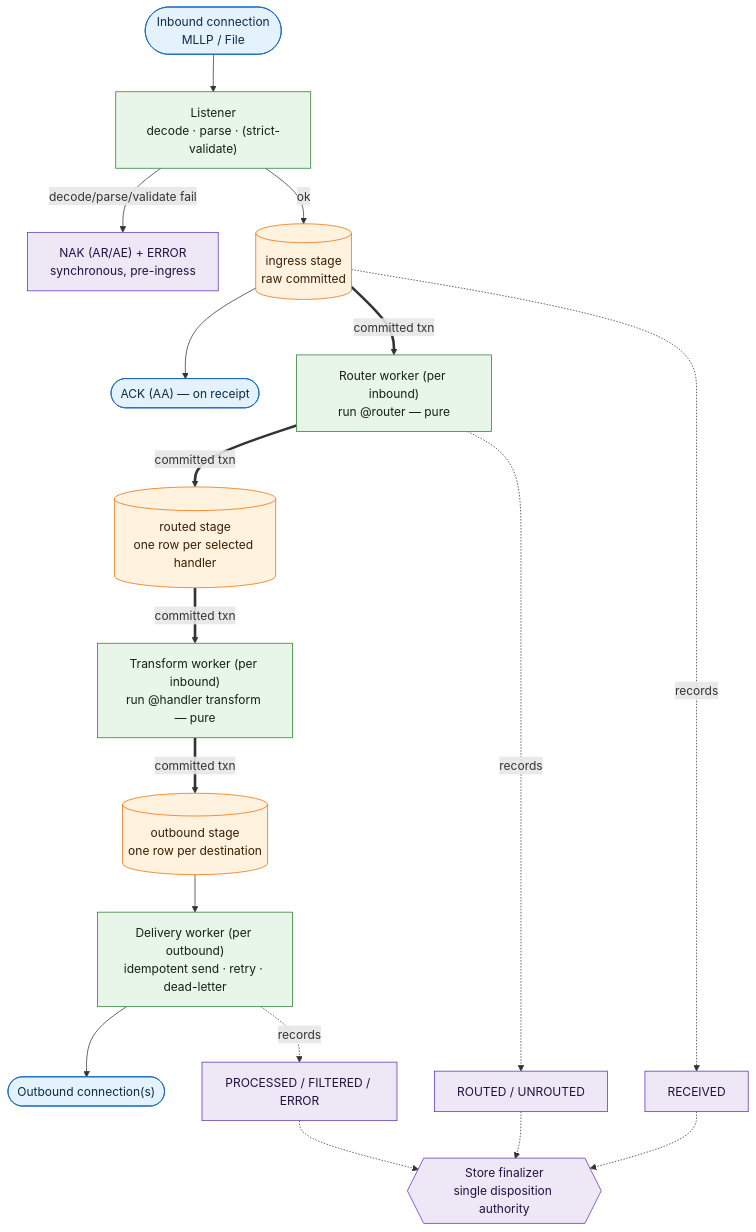
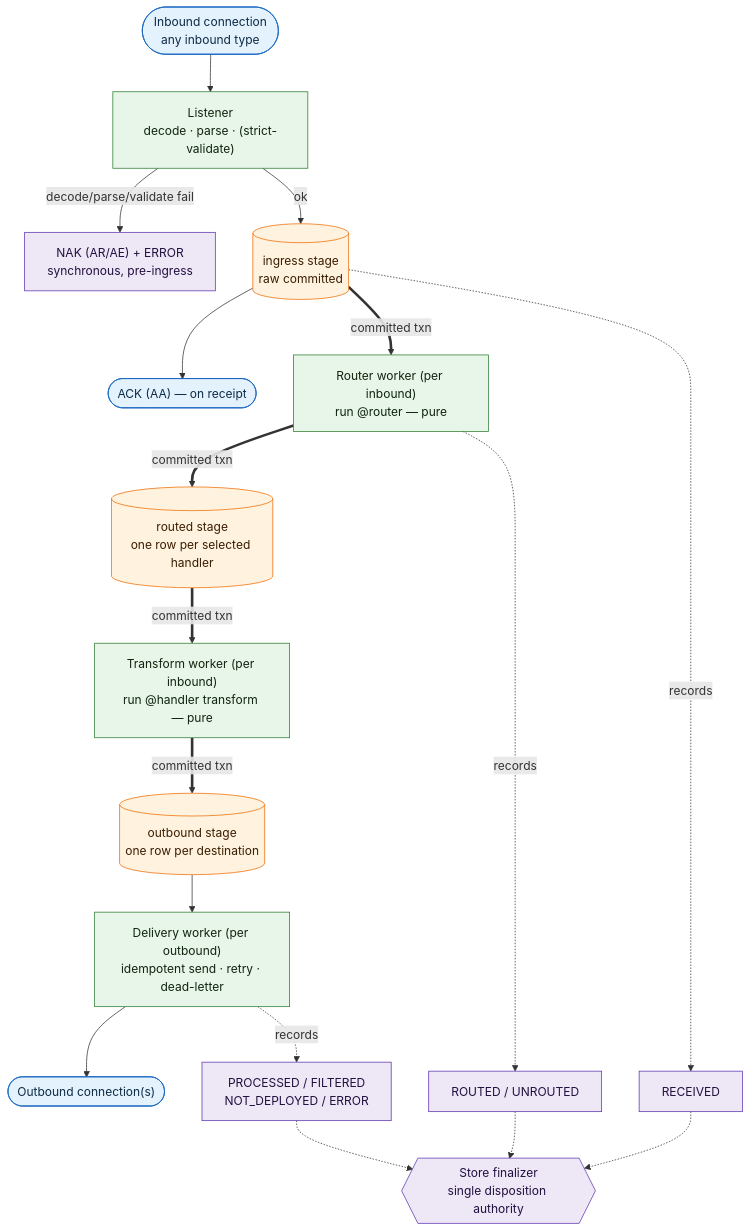
One commit to MEFORORG/MessageFoundry changed the third of 4 diagrams in docs/architecture-diagram.md. Above: the diagram before and after it, drawn with Mermaid. The commit also changed other lines of this file and 9 other files, not shown here.

First line of the commit message:
docs(architecture): one home per diagram, labels checked against the code

````diff
--- a/docs/architecture-diagram.md
+++ b/docs/architecture-diagram.md
@@ -182,43 +234,43 @@
 ```mermaid
 flowchart TB
   classDef stage fill:#fff3e0,stroke:#ef6c00,color:#3a1d00;
   classDef worker fill:#e8f5e9,stroke:#2e7d32,color:#10240f;
   classDef disp fill:#ede7f6,stroke:#5e35b1,color:#22103f;
   classDef io fill:#e3f2fd,stroke:#1565c0,color:#0d2b45;
 
-  SRC(["Inbound connection<br/>MLLP / File"]):::io
+  SRC(["Inbound connection<br/>any inbound type"]):::io
   LISTEN["Listener<br/>decode · parse · (strict-validate)"]:::worker
   NAK["NAK (AR/AE) + ERROR<br/>synchronous, pre-ingress"]:::disp
 
   ING[("ingress stage<br/>raw committed")]:::stage
   ACK(["ACK (AA) — on receipt"]):::io
   RW["Router worker (per inbound)<br/>run @router — pure"]:::worker
   ROUTED[("routed stage<br/>one row per selected handler")]:::stage
   TW["Transform worker (per inbound)<br/>run @handler transform — pure"]:::worker
   OUT[("outbound stage<br/>one row per destination")]:::stage
   DW["Delivery worker (per outbound)<br/>idempotent send · retry · dead-letter"]:::worker
   DEST(["Outbound connection(s)"]):::io
 
   FIN{{"Store finalizer<br/>single disposition authority"}}:::disp
   D1["RECEIVED"]:::disp
   D2["ROUTED / UNROUTED"]:::disp
-  D3["PROCESSED / FILTERED / ERROR"]:::disp
+  D3["PROCESSED / FILTERED<br/>NOT_DEPLOYED / ERROR"]:::disp
 
   SRC --> LISTEN
   LISTEN -->|"decode/parse/validate fail"| NAK
   LISTEN -->|"ok"| ING
   ING --> ACK
   ING ==>|"committed txn"| RW
   RW ==>|"committed txn"| ROUTED
   ROUTED ==>|"committed txn"| TW
   TW ==>|"committed txn"| OUT
   OUT --> DW
   DW --> DEST
 
   ING -.->|"records"| D1
   RW -.->|"records"| D2
   DW -.->|"records"| D3
   D1 -.-> FIN
   D2 -.-> FIN
   D3 -.-> FIN
 ```
````
